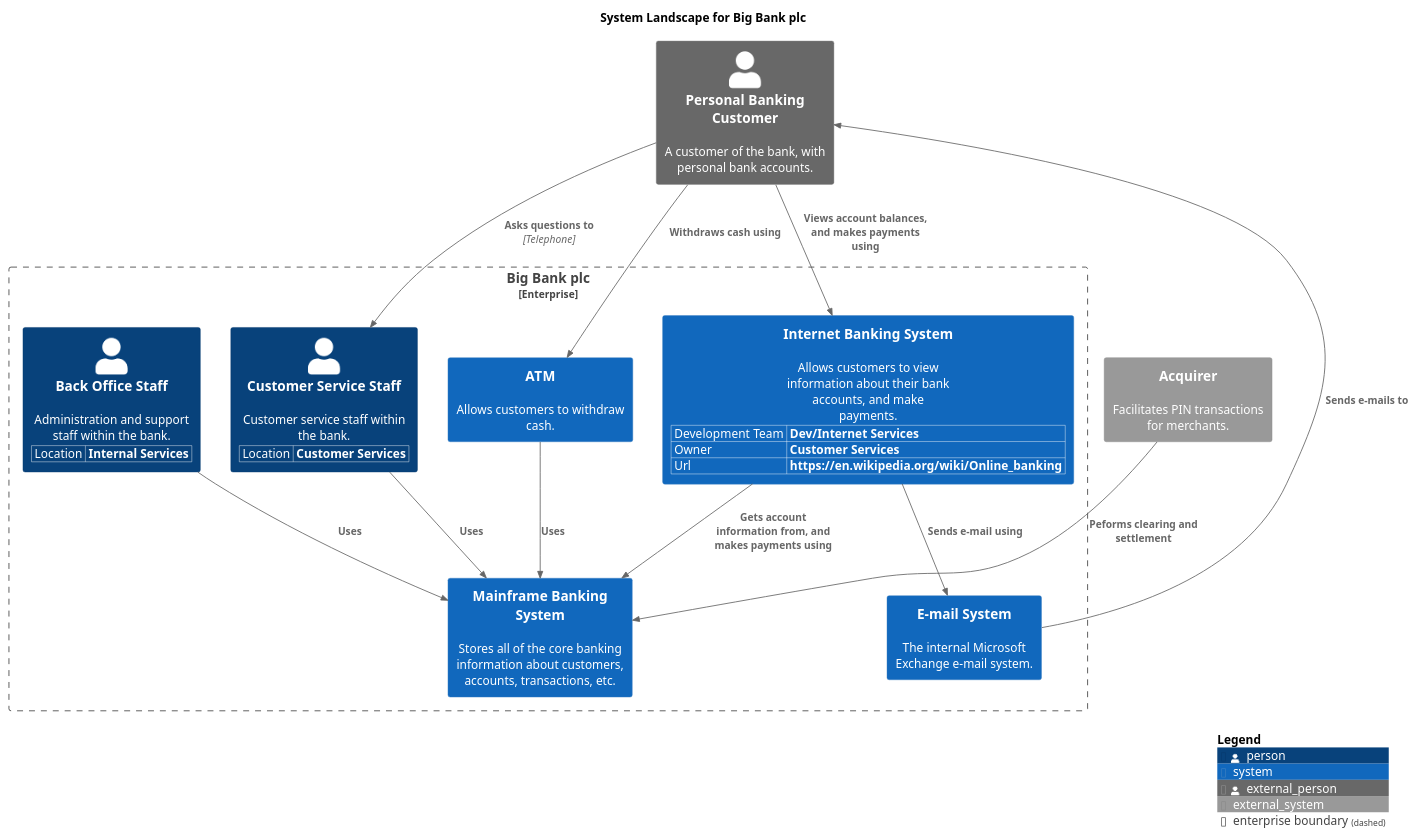
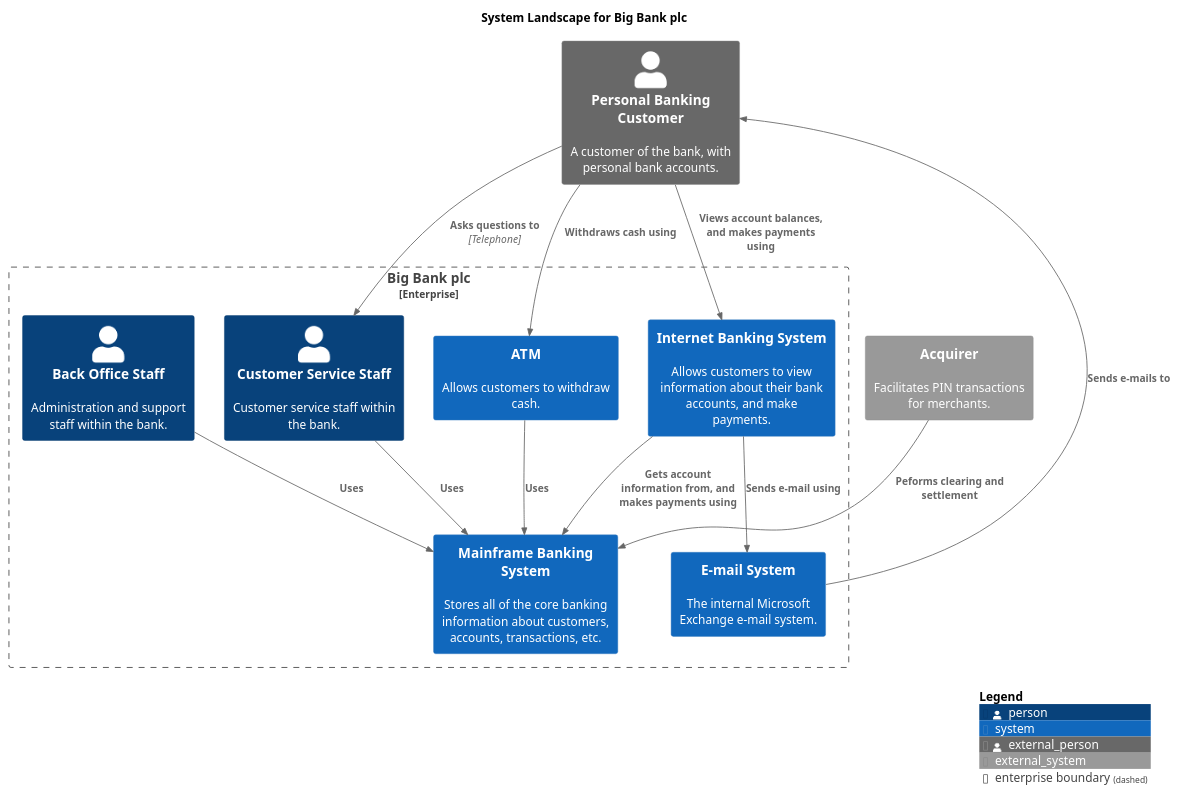
One commit to avisi-cloud/structurizr-site-generatr changed the diagram in main/puml/SystemLandscape.puml. Above: the diagram before and after it, drawn with PlantUML. The commit also changed 61 other files, not shown here.

```diff
--- a/main/puml/SystemLandscape.puml
+++ b/main/puml/SystemLandscape.puml
@@ -1,41 +1,33 @@
 @startuml
 title System Landscape for Big Bank plc
 
 top to bottom direction
 
 !include https://raw.githubusercontent.com/plantuml-stdlib/C4-PlantUML/master/C4.puml
 !include https://raw.githubusercontent.com/plantuml-stdlib/C4-PlantUML/master/C4_Context.puml
 
 Enterprise_Boundary(enterprise, "Big Bank plc") {
-  WithoutPropertyHeader()
-  AddProperty("Location","Customer Services")
   Person(CustomerServiceStaff, "Customer Service Staff", "Customer service staff within the bank.", $tags="")
-  WithoutPropertyHeader()
-  AddProperty("Location","Internal Services")
   Person(BackOfficeStaff, "Back Office Staff", "Administration and support staff within the bank.", $tags="")
-  System(MainframeBankingSystem, "Mainframe Banking System", "Stores all of the core banking information about customers, accounts, transactions, etc.", $tags="")[[/main/mainframe-banking-system/context/]]
-  System(EmailSystem, "E-mail System", "The internal Microsoft Exchange e-mail system.", $tags="")[[/main/e-mail-system/context/]]
-  System(ATM, "ATM", "Allows customers to withdraw cash.", $tags="")[[/main/atm/context/]]
-  WithoutPropertyHeader()
-  AddProperty("Development Team","Dev/Internet Services")
-  AddProperty("Owner","Customer Services")
-  AddProperty("Url","https://en.wikipedia.org/wiki/Online_banking")
-  System(InternetBankingSystem, "Internet Banking System", "Allows customers to view information about their bank accounts, and make payments.", $tags="")[[/main/internet-banking-system/context/]]
+  System(MainframeBankingSystem, "Mainframe Banking System", "Stores all of the core banking information about customers, accounts, transactions, etc.", $tags="")
+  System(EmailSystem, "E-mail System", "The internal Microsoft Exchange e-mail system.", $tags="")
+  System(ATM, "ATM", "Allows customers to withdraw cash.", $tags="")
+  System(InternetBankingSystem, "Internet Banking System", "Allows customers to view information about their bank accounts, and make payments.", $tags="")[[https://en.wikipedia.org/wiki/Online_banking]]
 }
 
 Person_Ext(PersonalBankingCustomer, "Personal Banking Customer", "A customer of the bank, with personal bank accounts.", $tags="")
 System_Ext(Acquirer, "Acquirer", "Facilitates PIN transactions for merchants.", $tags="")
 
 Rel_D(PersonalBankingCustomer, InternetBankingSystem, "Views account balances, and makes payments using", $tags="")
 Rel_D(InternetBankingSystem, MainframeBankingSystem, "Gets account information from, and makes payments using", $tags="")
 Rel_D(InternetBankingSystem, EmailSystem, "Sends e-mail using", $tags="")
 Rel_D(EmailSystem, PersonalBankingCustomer, "Sends e-mails to", $tags="")
 Rel_D(PersonalBankingCustomer, CustomerServiceStaff, "Asks questions to", "Telephone", $tags="")
 Rel_D(CustomerServiceStaff, MainframeBankingSystem, "Uses", $tags="")
 Rel_D(PersonalBankingCustomer, ATM, "Withdraws cash using", $tags="")
 Rel_D(ATM, MainframeBankingSystem, "Uses", $tags="")
 Rel_D(BackOfficeStaff, MainframeBankingSystem, "Uses", $tags="")
 Rel_D(Acquirer, MainframeBankingSystem, "Peforms clearing and settlement", $tags="")
 
 SHOW_LEGEND()
 @enduml
```
